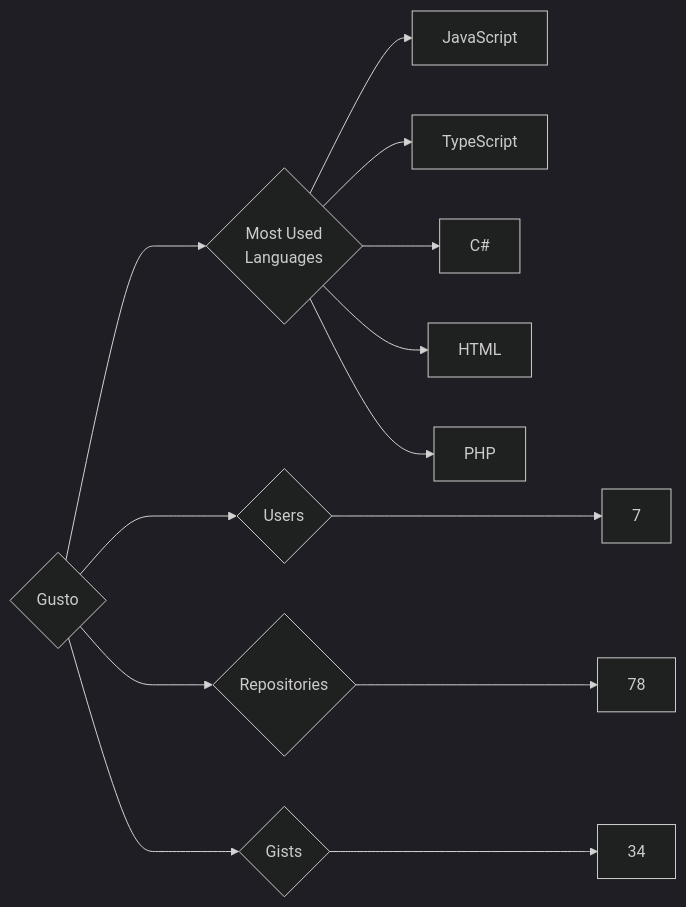
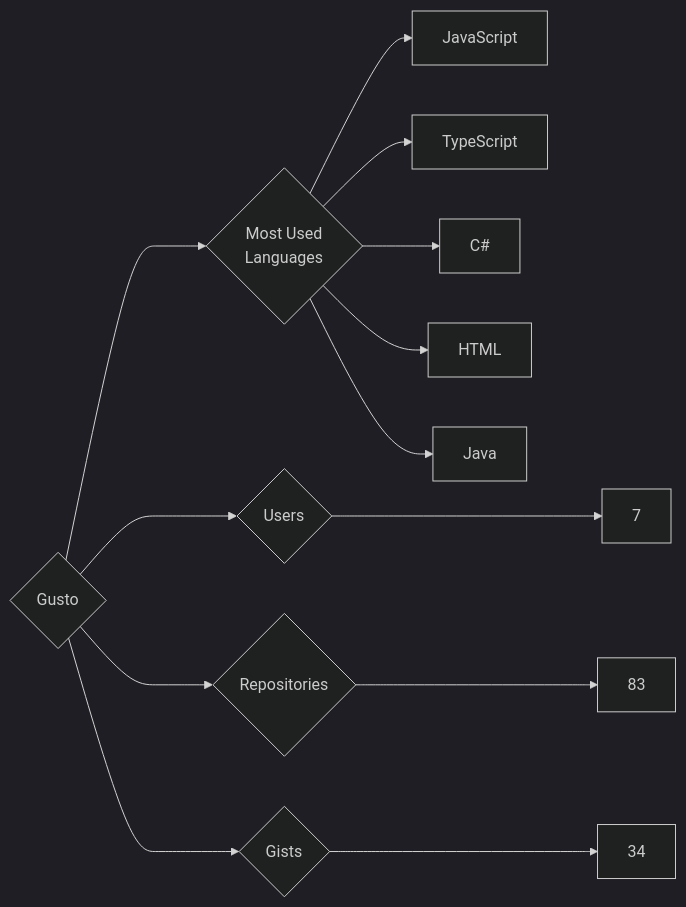
One commit to trickest/insiders changed the diagram in targets/Gusto/README.md. Above: the diagram before and after it, drawn with Mermaid (dark theme). The commit also changed 924 other files, not shown here.

````diff
--- a/targets/Gusto/README.md
+++ b/targets/Gusto/README.md
@@ -3,13 +3,13 @@
 ```mermaid
 graph LR
 COMPANY_NAME{Gusto}
 COMPANY_NAME ---> U{Users} ---> UN[7]
-COMPANY_NAME ---> R{Repositories} ---> RN[78]
+COMPANY_NAME ---> R{Repositories} ---> RN[83]
 COMPANY_NAME ---> G{Gists} ---> GN[34]
 COMPANY_NAME ---> ML{Most Used<br>Languages}
 ML --> JavaScript[JavaScript]
 ML --> TypeScript[TypeScript]
 ML --> C#[C#]
 ML --> HTML[HTML]
-ML --> PHP[PHP]
+ML --> Java[Java]
 ```
````
